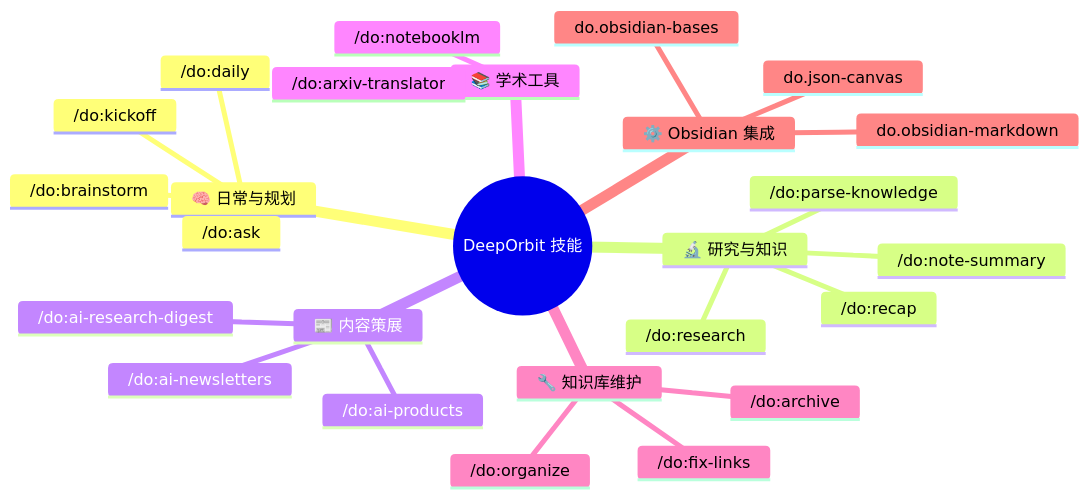
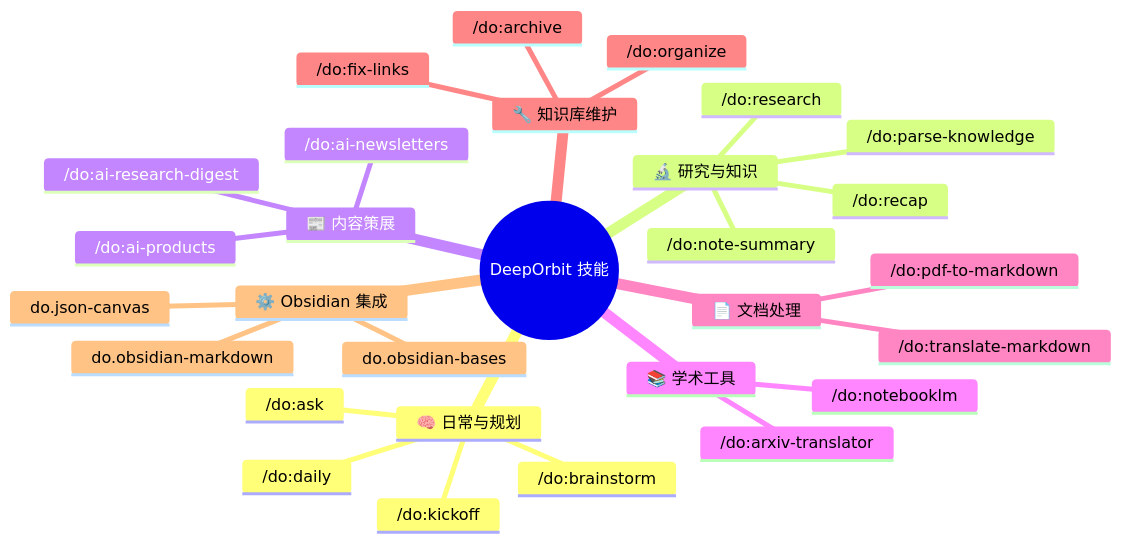
Before and after one commit to dull-bird/DeepOrbit: the third of 6 diagrams in README_CN.md, drawn with Mermaid. The commit also changed other lines of this file and 3 other files, not shown here.

Commit message:
feat: Add PDF to Markdown and Markdown translation skills, including a PDF image extraction script, and establish a README synchronization rule.

````diff
--- a/README_CN.md
+++ b/README_CN.md
@@ -109,29 +109,32 @@
 ```mermaid
 mindmap
   root((DeepOrbit 技能))
     🧠 日常与规划
       /do:daily
       /do:kickoff
       /do:brainstorm
       /do:ask
     🔬 研究与知识
       /do:research
       /do:parse-knowledge
       /do:note-summary
       /do:recap
     📰 内容策展
       /do:ai-newsletters
       /do:ai-products
       /do:ai-research-digest
     📚 学术工具
       /do:arxiv-translator
       /do:notebooklm
+    📄 文档处理
+      /do:pdf-to-markdown
+      /do:translate-markdown
     🔧 知识库维护
       /do:fix-links
       /do:archive
       /do:organize
     ⚙️ Obsidian 集成
       do.obsidian-markdown
       do.obsidian-bases
       do.json-canvas
 ```
````
